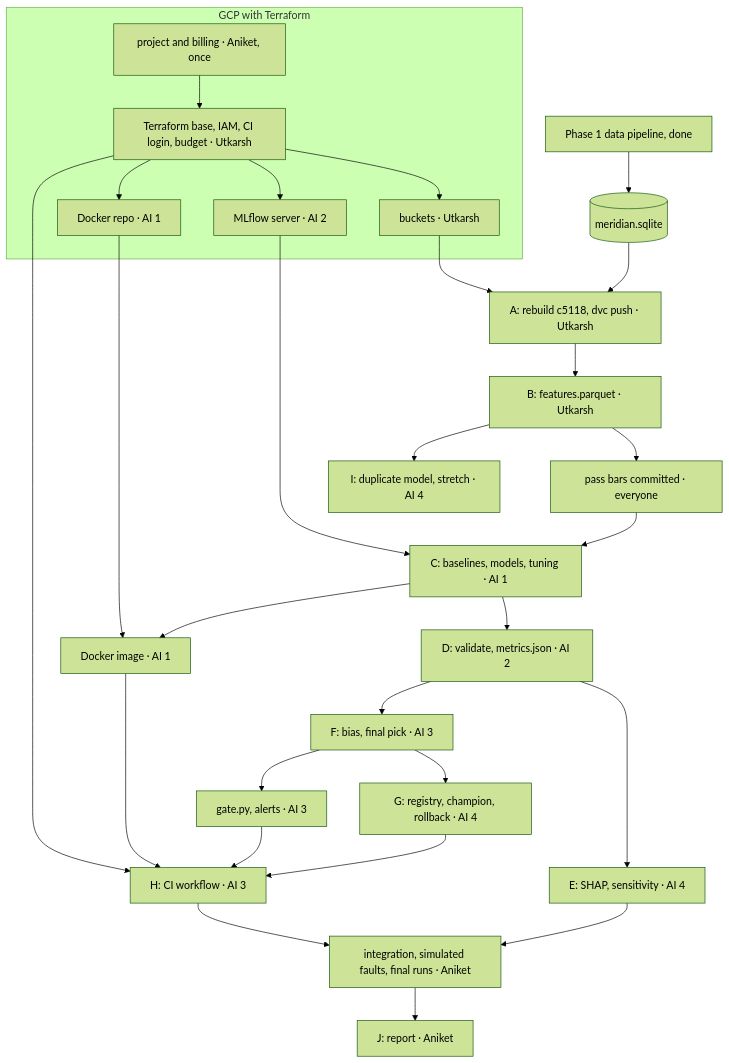
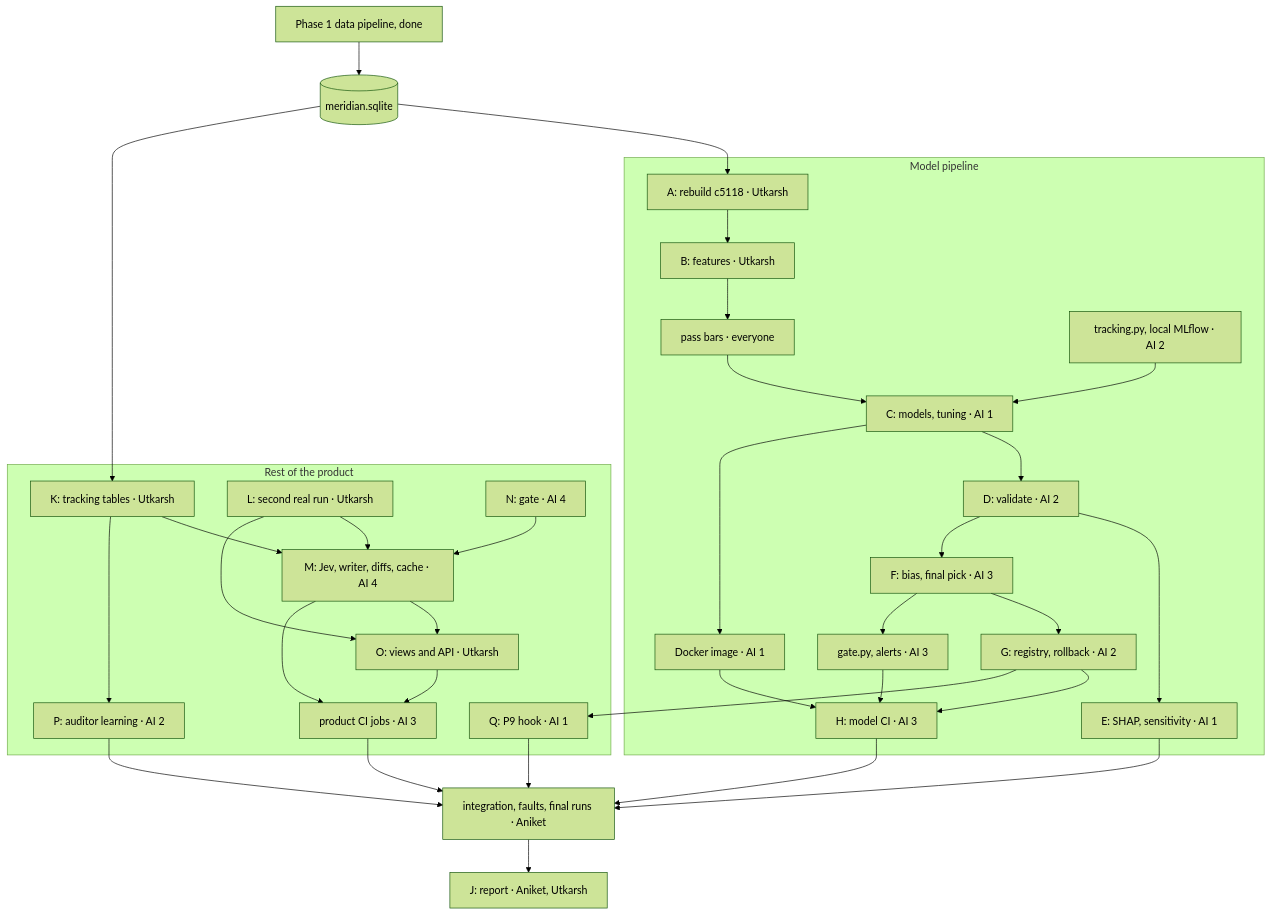
The first of 2 diagrams in Model-Pipeline/PLAN.md (Itsme-aniketghosh/Meridian), drawn with Mermaid (forest theme) before and after one commit. The commit also changed other lines of this file and 8 other files, not shown here.

````diff
--- a/Model-Pipeline/PLAN.md
+++ b/Model-Pipeline/PLAN.md
@@ -137,38 +178,43 @@
 ```mermaid
 flowchart TD
   pipe["Phase 1 data pipeline, done"] --> blk[("meridian.sqlite")]
 
-  subgraph INFRA["GCP with Terraform"]
-    acct["project and billing · Aniket, once"]
-    tfbase["Terraform base, IAM, CI login, budget · Utkarsh"]
-    tfgcs["buckets · Utkarsh"]
-    tfml["MLflow server · AI 2"]
-    tfar["Docker repo · AI 1"]
-    acct --> tfbase
-    tfbase --> tfgcs
-    tfbase --> tfml
-    tfbase --> tfar
+  subgraph MODEL["Model pipeline"]
+    A["A: rebuild c5118 · Utkarsh"] --> B["B: features · Utkarsh"]
+    B --> bars["pass bars · everyone"]
+    bars --> C["C: models, tuning · AI 1"]
+    trk["tracking.py, local MLflow · AI 2"] --> C
+    C --> D["D: validate · AI 2"]
+    D --> E["E: SHAP, sensitivity · AI 1"]
+    D --> F["F: bias, final pick · AI 3"]
+    F --> G["G: registry, rollback · AI 2"]
+    C --> dock["Docker image · AI 1"]
+    F --> gates["gate.py, alerts · AI 3"]
+    dock --> H["H: model CI · AI 3"]
+    gates --> H
+    G --> H
   end
 
-  blk --> A["A: rebuild c5118, dvc push · Utkarsh"]
-  tfgcs --> A
-  A --> B["B: features.parquet · Utkarsh"]
-  B --> bars["pass bars committed · everyone"]
-  bars --> C["C: baselines, models, tuning · AI 1"]
-  tfml --> C
-  C --> D["D: validate, metrics.json · AI 2"]
-  D --> E["E: SHAP, sensitivity · AI 4"]
-  D --> F["F: bias, final pick · AI 3"]
-  F --> G["G: registry, champion, rollback · AI 4"]
-  C --> dock["Docker image · AI 1"]
-  tfar --> dock
-  F --> gates["gate.py, alerts · AI 3"]
-  dock --> H["H: CI workflow · AI 3"]
-  gates --> H
-  G --> H
-  tfbase --> H
-  H --> integ["integration, simulated faults, final runs · Aniket"]
+  subgraph PRODUCT["Rest of the product"]
+    K["K: tracking tables · Utkarsh"]
+    L["L: second real run · Utkarsh"]
+    N["N: gate · AI 4"] --> M["M: Jev, writer, diffs, cache · AI 4"]
+    K --> M
+    L --> M
+    K --> P["P: auditor learning · AI 2"]
+    M --> O["O: views and API · Utkarsh"]
+    L --> O
+    G --> Q["Q: P9 hook · AI 1"]
+    M --> PCI["product CI jobs · AI 3"]
+    O --> PCI
+  end
+
+  blk --> A
+  blk --> K
+  H --> integ["integration, faults, final runs · Aniket"]
+  PCI --> integ
+  P --> integ
+  Q --> integ
   E --> integ
-  integ --> J["J: report · Aniket"]
-  B --> I["I: duplicate model, stretch · AI 4"]
+  integ --> J["J: report · Aniket, Utkarsh"]
 ```
````
